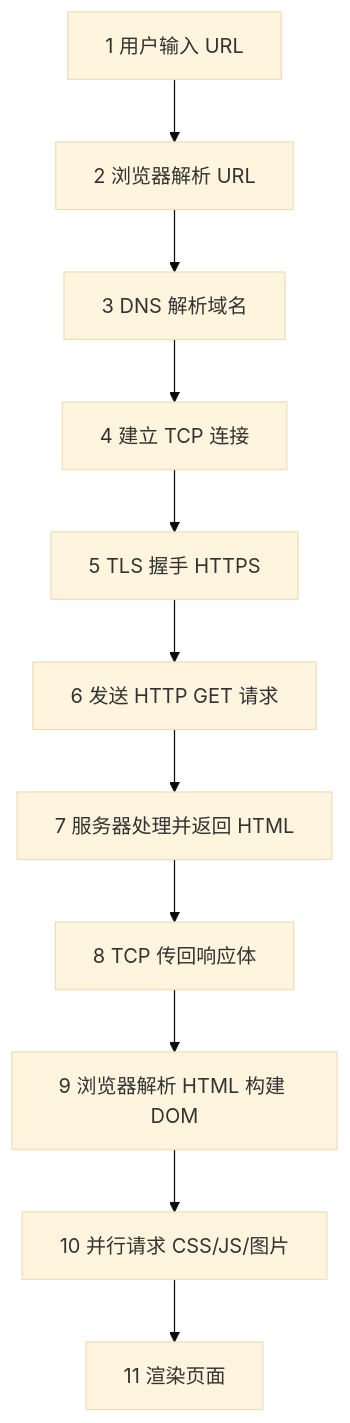
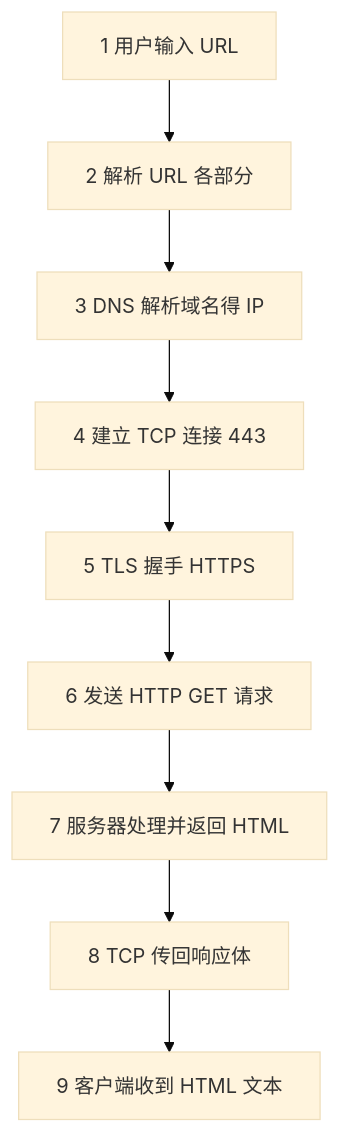
One commit to moqix26/study changed the third of 3 diagrams in 前端学习/计算机网络/01-网络分层与通信基础.md. Above: the diagram before and after it, drawn with Mermaid (base theme). The commit also changed other lines of this file and 10 other files, not shown here.

````diff
--- a/前端学习/计算机网络/01-网络分层与通信基础.md
+++ b/前端学习/计算机网络/01-网络分层与通信基础.md
@@ -700,13 +422,11 @@
 ```mermaid
 flowchart TB
-  A[1 用户输入 URL] --> B[2 浏览器解析 URL]
-  B --> C[3 DNS 解析域名]
-  C --> D[4 建立 TCP 连接]
+  A[1 用户输入 URL] --> B[2 解析 URL 各部分]
+  B --> C[3 DNS 解析域名得 IP]
+  C --> D[4 建立 TCP 连接 443]
   D --> E[5 TLS 握手 HTTPS]
   E --> F[6 发送 HTTP GET 请求]
   F --> G[7 服务器处理并返回 HTML]
   G --> H[8 TCP 传回响应体]
-  H --> I[9 浏览器解析 HTML 构建 DOM]
-  I --> J[10 并行请求 CSS/JS/图片]
-  J --> K[11 渲染页面]
+  H --> I[9 客户端收到 HTML 文本]
 ```
````
